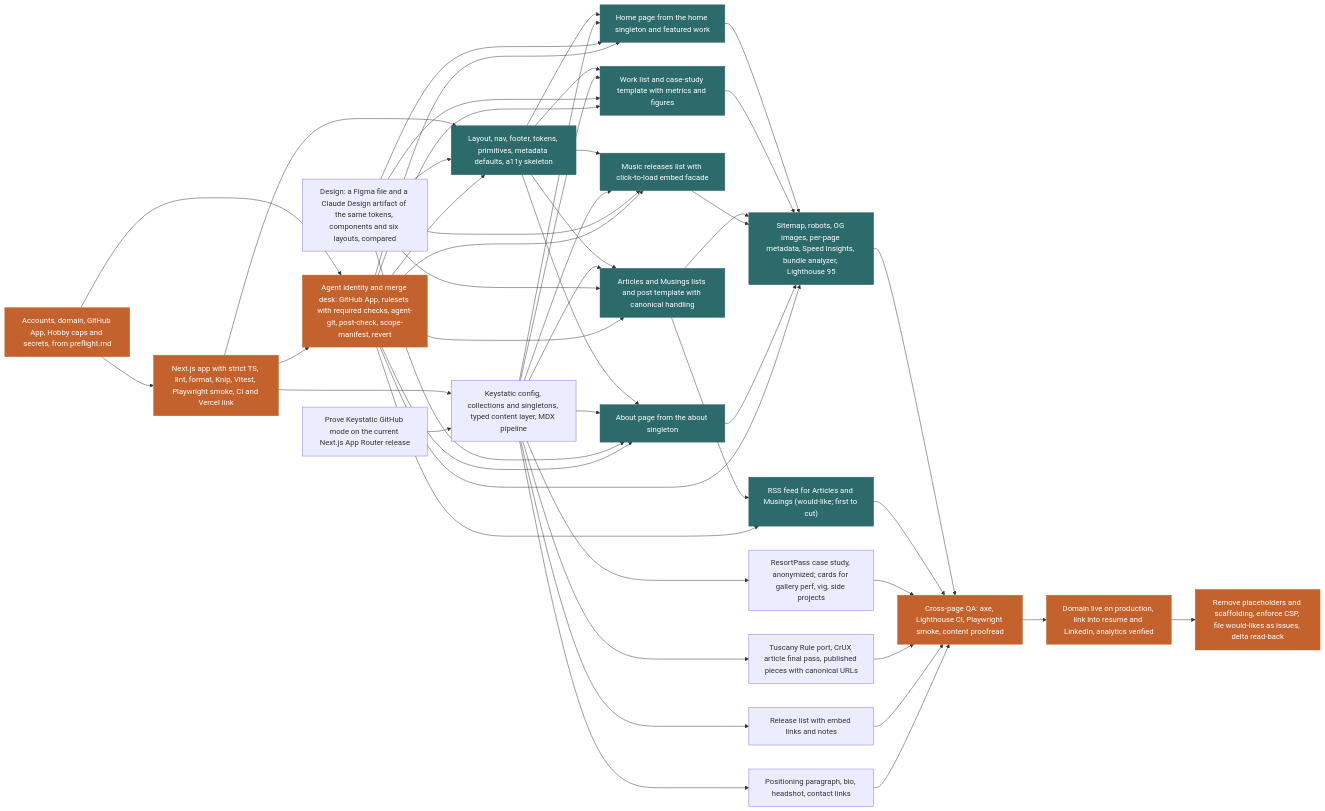
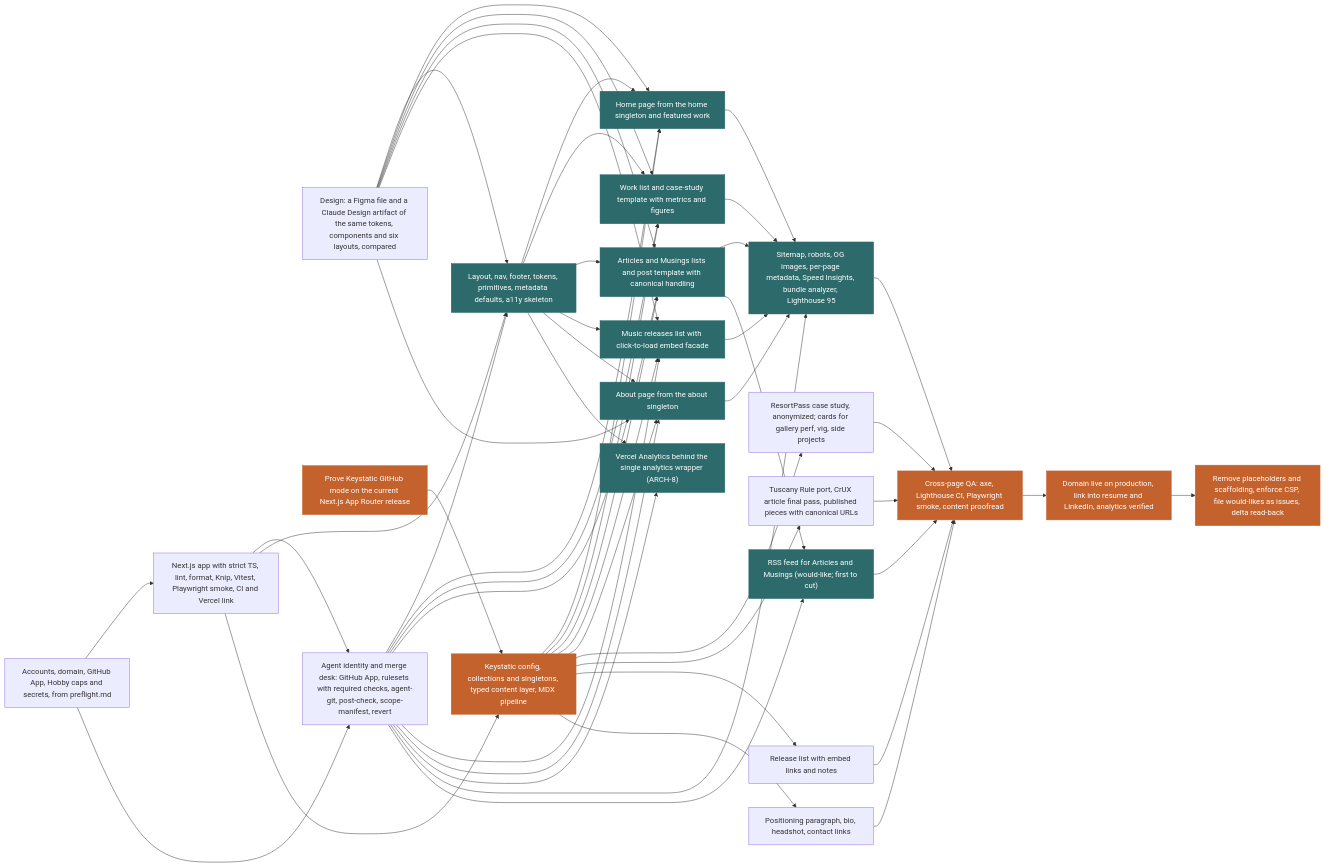
Before and after one commit to defaultdave/defaultdave: the diagram in docs/plan/plan-report.md, drawn with Mermaid. The commit also changed other lines of this file and 4 other files, not shown here.

````diff
--- a/docs/plan/plan-report.md
+++ b/docs/plan/plan-report.md
@@ -107,76 +100,79 @@
 ```mermaid
 graph LR
   u_preflight["Accounts, domain, GitHub App, Hobby caps and secrets, from preflight.md"]
   u_design["Design: a Figma file and a Claude Design artifact of the same tokens, components and six layouts, compared"]
   u_keystatic_spike["Prove Keystatic GitHub mode on the current Next.js App Router release"]
   u_scaffold["Next.js app with strict TS, lint, format, Knip, Vitest, Playwright smoke, CI and Vercel link"]
   u_merge_desk["Agent identity and merge desk: GitHub App, rulesets with required checks, agent-git, post-check, scope-manifest, revert"]
   u_shell["Layout, nav, footer, tokens, primitives, metadata defaults, a11y skeleton"]
   u_cms["Keystatic config, collections and singletons, typed content layer, MDX pipeline"]
   u_page_home["Home page from the home singleton and featured work"]
   u_page_work["Work list and case-study template with metrics and figures"]
   u_page_writing["Articles and Musings lists and post template with canonical handling"]
   u_page_music["Music releases list with click-to-load embed facade"]
   u_page_about["About page from the about singleton"]
   u_content_work["ResortPass case study, anonymized; cards for gallery perf, vig, side projects"]
   u_content_writing["Tuscany Rule port, CrUX article final pass, published pieces with canonical URLs"]
   u_content_music["Release list with embed links and notes"]
   u_content_home_about["Positioning paragraph, bio, headshot, contact links"]
+  u_analytics["Vercel Analytics behind the single analytics wrapper (ARCH-8)"]
   u_seo_perf["Sitemap, robots, OG images, per-page metadata, Speed Insights, bundle analyzer, Lighthouse 95"]
   u_feed["RSS feed for Articles and Musings (would-like; first to cut)"]
   u_qa_pass["Cross-page QA: axe, Lighthouse CI, Playwright smoke, content proofread"]
   u_launch["Domain live on production, link into resume and LinkedIn, analytics verified"]
   u_tail["Remove placeholders and scaffolding, enforce CSP, file would-likes as issues, delta read-back"]
   u_preflight --> u_scaffold
   u_preflight --> u_merge_desk
   u_scaffold --> u_merge_desk
   u_scaffold --> u_shell
   u_design --> u_shell
   u_merge_desk --> u_shell
   u_scaffold --> u_cms
   u_keystatic_spike --> u_cms
   u_shell --> u_page_home
   u_cms --> u_page_home
   u_design --> u_page_home
   u_merge_desk --> u_page_home
   u_shell --> u_page_work
   u_cms --> u_page_work
   u_design --> u_page_work
   u_merge_desk --> u_page_work
   u_shell --> u_page_writing
   u_cms --> u_page_writing
   u_design --> u_page_writing
   u_merge_desk --> u_page_writing
   u_shell --> u_page_music
   u_cms --> u_page_music
   u_design --> u_page_music
   u_merge_desk --> u_page_music
   u_shell --> u_page_about
   u_cms --> u_page_about
   u_design --> u_page_about
   u_merge_desk --> u_page_about
   u_cms --> u_content_work
   u_cms --> u_content_writing
   u_cms --> u_content_music
   u_cms --> u_content_home_about
+  u_shell --> u_analytics
+  u_merge_desk --> u_analytics
   u_page_home --> u_seo_perf
   u_page_work --> u_seo_perf
   u_page_writing --> u_seo_perf
   u_page_music --> u_seo_perf
   u_page_about --> u_seo_perf
   u_merge_desk --> u_seo_perf
   u_page_writing --> u_feed
   u_merge_desk --> u_feed
   u_seo_perf --> u_qa_pass
   u_feed --> u_qa_pass
   u_content_work --> u_qa_pass
   u_content_writing --> u_qa_pass
   u_content_music --> u_qa_pass
   u_content_home_about --> u_qa_pass
   u_qa_pass --> u_launch
   u_launch --> u_tail
   classDef critical fill:#c4622d,stroke:#c4622d,color:#ffffff
   classDef fanout fill:#2d6a6b,stroke:#2d6a6b,color:#ffffff
-  class u_preflight,u_scaffold,u_merge_desk,u_shell,u_page_work,u_page_writing,u_seo_perf,u_qa_pass,u_launch,u_tail critical
-  class u_shell,u_page_home,u_page_work,u_page_writing,u_page_music,u_page_about,u_seo_perf,u_feed fanout
+  class u_keystatic_spike,u_cms,u_page_work,u_page_writing,u_seo_perf,u_qa_pass,u_launch,u_tail critical
+  class u_shell,u_page_home,u_page_work,u_page_writing,u_page_music,u_page_about,u_analytics,u_seo_perf,u_feed fanout
 ```
````
